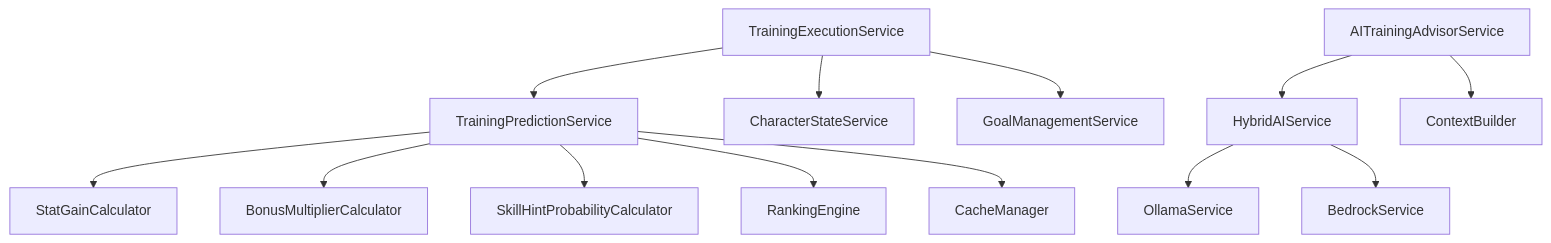
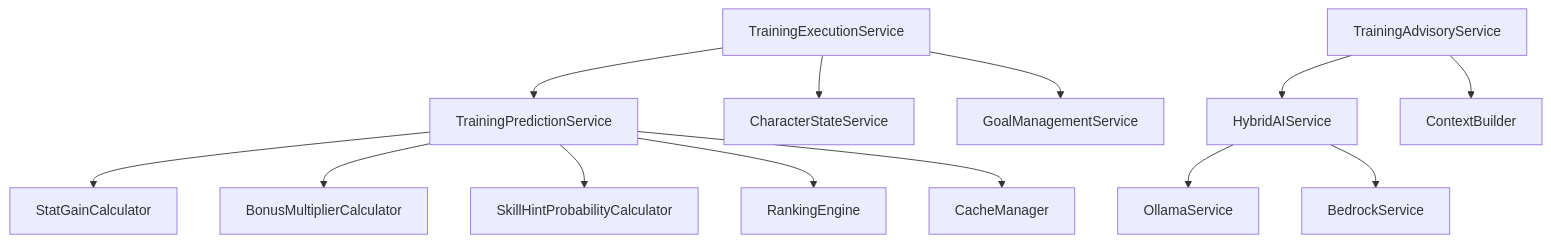
Before and after one commit to exatfrds67/umamusume-career-planner: the sixth of 7 diagrams in docs/01-tech-flow/TECH-FLOW-002_Training_Optimization_Flow.md, drawn with Mermaid. The commit also changed other lines of this file and 111 other files, not shown here.

````diff
--- a/docs/01-tech-flow/TECH-FLOW-002_Training_Optimization_Flow.md
+++ b/docs/01-tech-flow/TECH-FLOW-002_Training_Optimization_Flow.md
@@ -1205,18 +1205,18 @@
 ```mermaid
 flowchart TD
     TrainingPredictionService --> StatGainCalculator
     TrainingPredictionService --> BonusMultiplierCalculator
     TrainingPredictionService --> SkillHintProbabilityCalculator
     TrainingPredictionService --> RankingEngine
     TrainingPredictionService --> CacheManager
     
     TrainingExecutionService --> TrainingPredictionService
     TrainingExecutionService --> CharacterStateService
     TrainingExecutionService --> GoalManagementService
     
-    AITrainingAdvisorService --> HybridAIService
-    AITrainingAdvisorService --> ContextBuilder
+    TrainingAdvisoryService --> HybridAIService
+    TrainingAdvisoryService --> ContextBuilder
     
     HybridAIService --> OllamaService
     HybridAIService --> BedrockService
 ```
````
